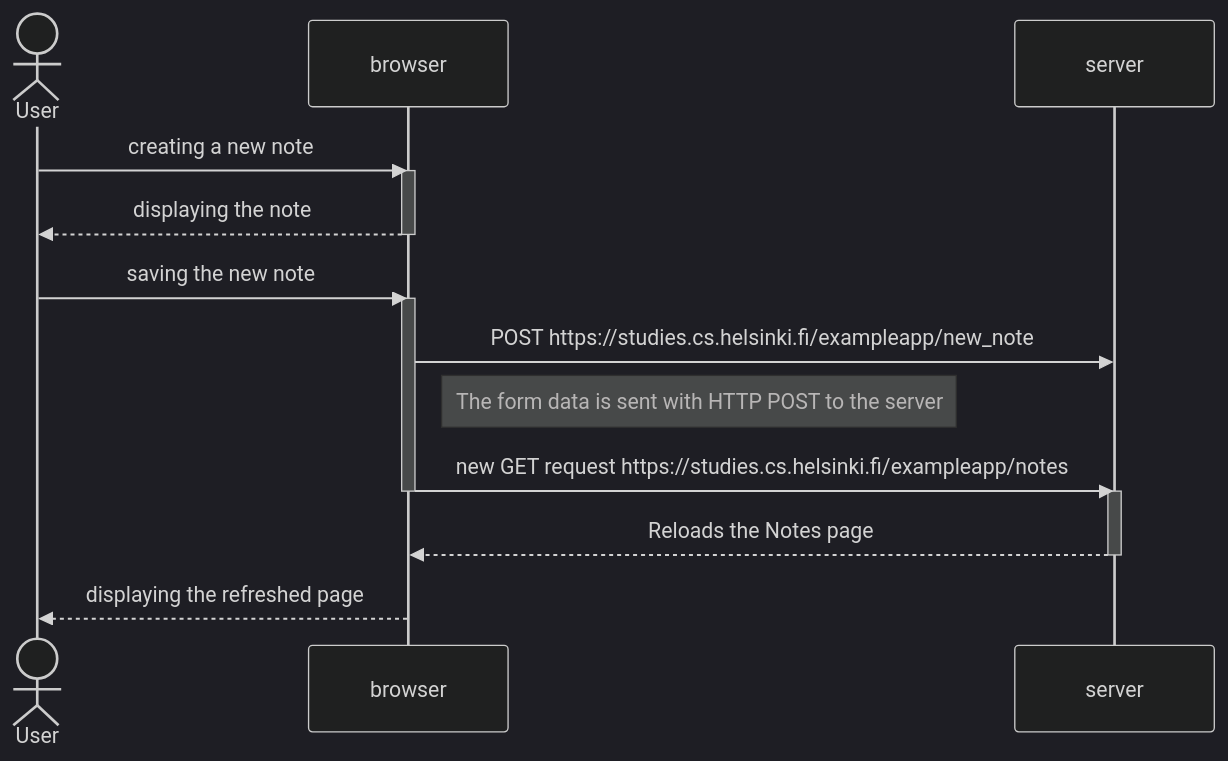
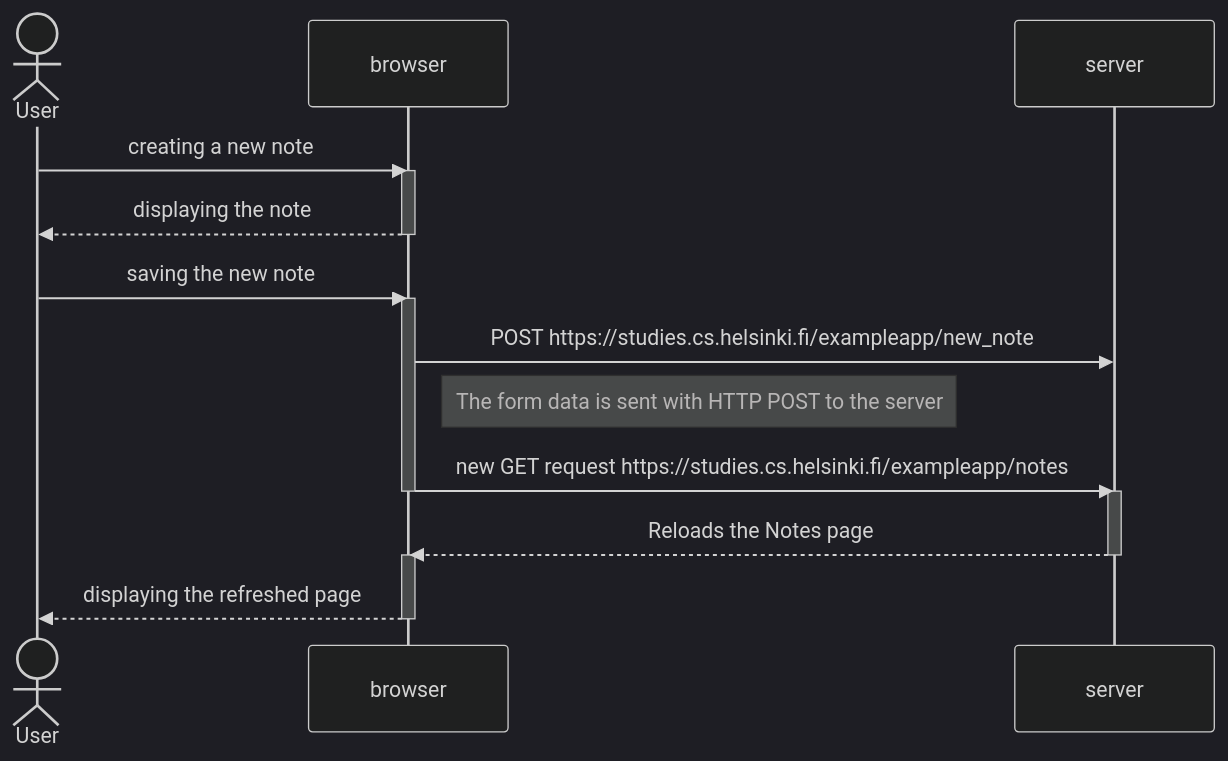
One commit to lumuellelumelay/full_stack_open changed the first of 2 diagrams in README.md. Above: the diagram before and after it, drawn with Mermaid (dark theme).

Commit message:
README.md

````diff
--- a/README.md
+++ b/README.md
@@ -5,26 +5,28 @@
 ```mermaid
 sequenceDiagram
     actor User
     participant browser
     participant server
 
     User->>browser: creating a new note
     activate browser
     browser-->>User: displaying the note
     deactivate browser
 
     User->>browser: saving the new note
     activate browser
     browser->>server: POST https://studies.cs.helsinki.fi/exampleapp/new_note
 
     Note right of browser: The form data is sent with HTTP POST to the server
 
     browser->>server: new GET request https://studies.cs.helsinki.fi/exampleapp/notes
     deactivate browser
     activate server
     server-->>browser: Reloads the Notes page
     deactivate server
 
+    activate browser
     browser-->>User: displaying the refreshed page
+    deactivate browser
     
 ```
````
